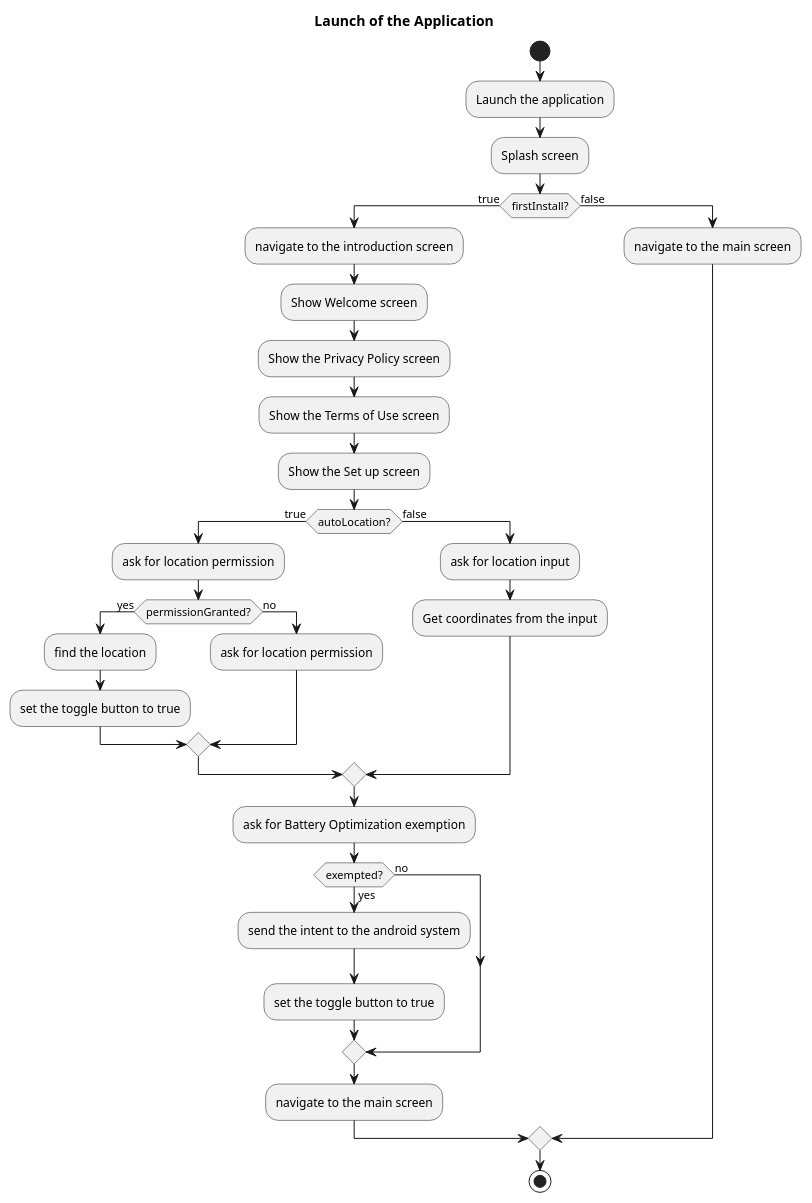
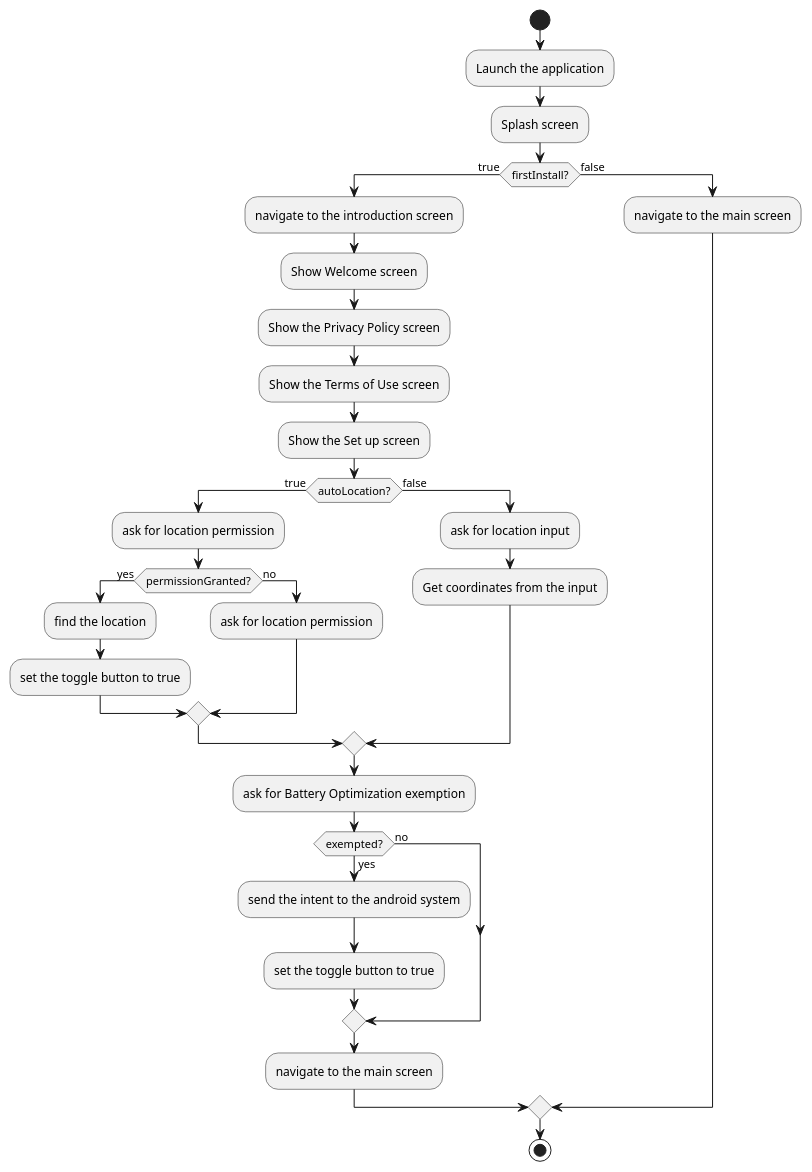
One commit to arshad-shah/Nimaz changed the diagram in app/src/main/java/com/arshadshah/nimaz/diagrams/FlowChart/Applicationlaunch.puml. Above: the diagram before and after it, drawn with PlantUML. The commit also changed 10 other files, not shown here.

```diff
--- a/app/src/main/java/com/arshadshah/nimaz/diagrams/FlowChart/Applicationlaunch.puml
+++ b/app/src/main/java/com/arshadshah/nimaz/diagrams/FlowChart/Applicationlaunch.puml
@@ -1,36 +1,34 @@
 @startuml
-'https://plantuml.com/activity-diagram-beta
-title Launch of the Application
 start
 :Launch the application;
 :Splash screen;
 if (firstInstall?) then (true)
     :navigate to the introduction screen;
     :Show Welcome screen;
     :Show the Privacy Policy screen;
     :Show the Terms of Use screen;
     :Show the Set up screen;
     if(autoLocation?) then (true)
      :ask for location permission;
      if (permissionGranted?) then (yes)
      :find the location;
      :set the toggle button to true;
      else (no)
         :ask for location permission;
      endif
     else (false)
     :ask for location input;
     :Get coordinates from the input;
     endif
     :ask for Battery Optimization exemption;
     if (exempted?) then (yes)
     :send the intent to the android system;
     :set the toggle button to true;
     else (no)
     endif
     :navigate to the main screen;
 else (false)
 :navigate to the main screen;
 endif
 stop
 @enduml
```
